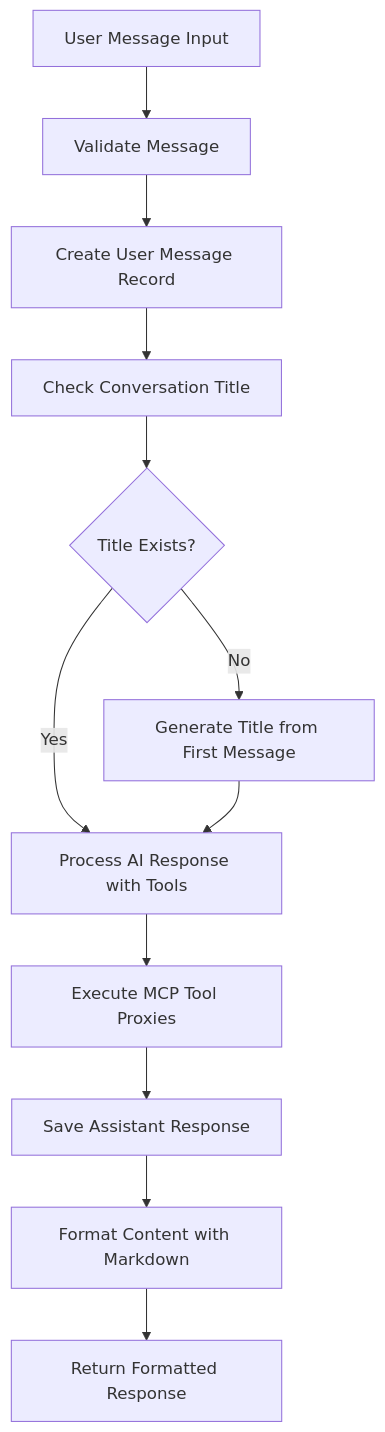
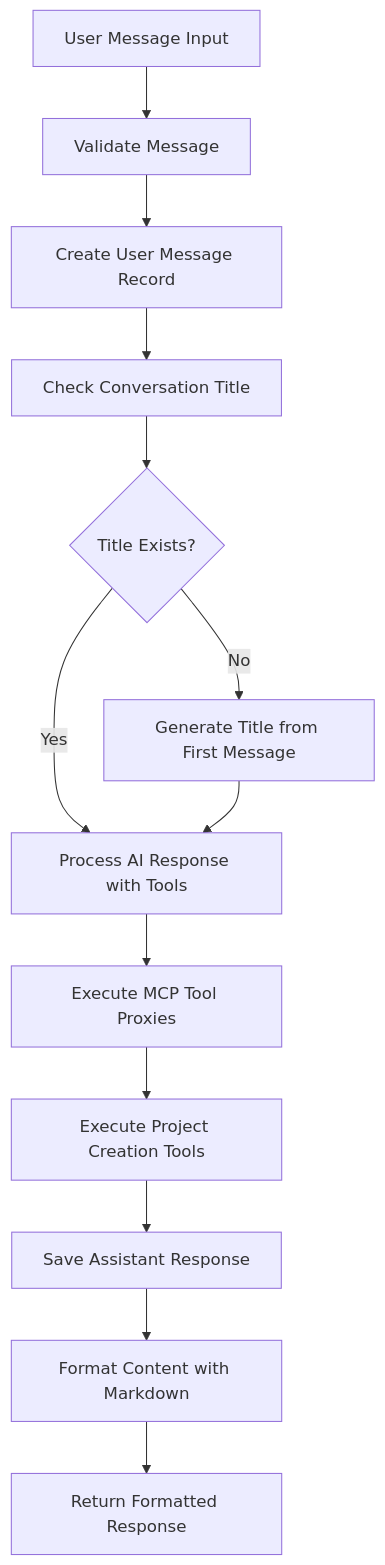
Before and after one commit to siimliimand/laravel-assistant: diagram 18 of 25 in .qoder/repowiki/en/content/AI Integration System/Agent System/DevBot AI Agent System.md, drawn with Mermaid. The commit also changed other lines of this file and 3 other files, not shown here.

First line of the commit message:
feat(devbot): add comprehensive project creation capabilities and expand MCP tool suite

````diff
--- a/.qoder/repowiki/en/content/AI Integration System/Agent System/DevBot AI Agent System.md
+++ b/.qoder/repowiki/en/content/AI Integration System/Agent System/DevBot AI Agent System.md
@@ -549,14 +867,15 @@
 ```mermaid
 flowchart TD
 UserMessage["User Message Input"] --> Validate["Validate Message"]
 Validate --> CreateMessage["Create User Message Record"]
 CreateMessage --> CheckTitle["Check Conversation Title"]
 CheckTitle --> TitleExists{"Title Exists?"}
 TitleExists --> |No| GenerateTitle["Generate Title from First Message"]
 TitleExists --> |Yes| ProcessAI["Process AI Response with Tools"]
 GenerateTitle --> ProcessAI
 ProcessAI --> ExecuteTools["Execute MCP Tool Proxies"]
-ExecuteTools --> SaveAssistant["Save Assistant Response"]
+ExecuteTools --> ExecuteProjectTools["Execute Project Creation Tools"]
+ExecuteProjectTools --> SaveAssistant["Save Assistant Response"]
 SaveAssistant --> FormatContent["Format Content with Markdown"]
 FormatContent --> ReturnResponse["Return Formatted Response"]
 ```
````
